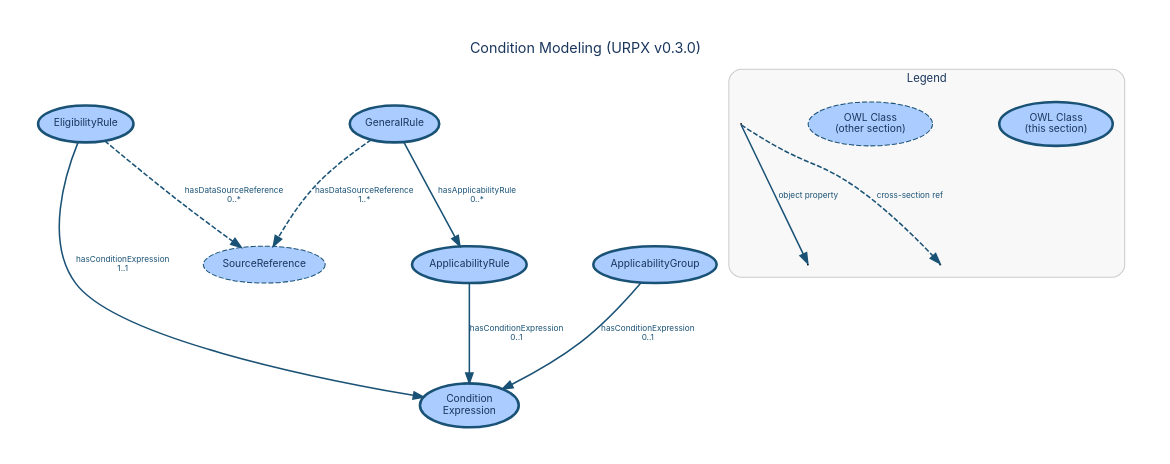
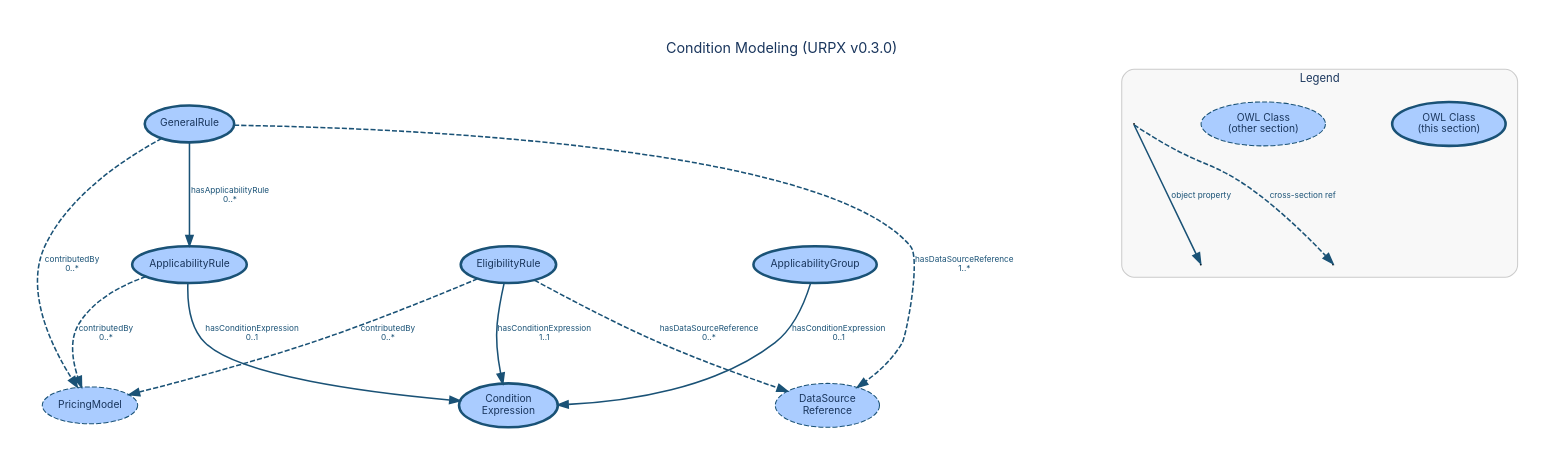
One commit to urpx-org/urpx changed the diagram in documentation/diagrams/dictionary/condition-modeling.dot. Above: the diagram before and after it, drawn with Graphviz. The commit also changed 18 other files, not shown here.

```diff
--- a/documentation/diagrams/dictionary/condition-modeling.dot
+++ b/documentation/diagrams/dictionary/condition-modeling.dot
@@ -1,82 +1,95 @@
 digraph "Condition Modeling" {
     rankdir=TB;
     bgcolor="white";
     pad=0.4;
     nodesep=0.9;
     ranksep=1.1;
     start=42;
     fontname="Inter, Helvetica, Arial, sans-serif";
     label="Condition Modeling (URPX v0.3.0)";
     labelloc="t";
     fontsize=14;
     fontcolor="#1a365d";
     node [fontname="Inter, Helvetica, Arial, sans-serif", fontsize=10, style=filled, fontcolor="#1a365d"];
     edge [fontname="Inter, Helvetica, Arial, sans-serif", fontsize=8, fontcolor="#1a365d"];
 
     // Section classes
     EligibilityRule [
         label="EligibilityRule"
         shape=ellipse, fillcolor="#aaccff", color="#1a5276", penwidth=2.5
     ];
     ApplicabilityRule [
         label="ApplicabilityRule"
         shape=ellipse, fillcolor="#aaccff", color="#1a5276", penwidth=2.5
     ];
     ApplicabilityGroup [
         label="ApplicabilityGroup"
         shape=ellipse, fillcolor="#aaccff", color="#1a5276", penwidth=2.5
     ];
     ConditionExpression [
         label="Condition\nExpression"
         shape=ellipse, fillcolor="#aaccff", color="#1a5276", penwidth=2.5
     ];
     GeneralRule [
         label="GeneralRule"
         shape=ellipse, fillcolor="#aaccff", color="#1a5276", penwidth=2.5
     ];
 
     // Cross-section references
-    SourceReference [
-        label="SourceReference"
+    DataSourceReference [
+        label="DataSource\nReference"
+        shape=ellipse, fillcolor="#aaccff", color="#1a5276", penwidth=1, style="filled,dashed"
+    ];
+    PricingModel [
+        label="PricingModel"
         shape=ellipse, fillcolor="#aaccff", color="#1a5276", penwidth=1, style="filled,dashed"
     ];
 
     // Object property edges
+    EligibilityRule -> PricingModel [
+        label="contributedBy\n0..*", style=dashed, color="#1a5276", fontcolor="#1a5276", penwidth=1.5
+    ];
     EligibilityRule -> ConditionExpression [
         label="hasConditionExpression\n1..1", color="#1a5276", fontcolor="#1a5276", penwidth=1.5
     ];
-    EligibilityRule -> SourceReference [
+    EligibilityRule -> DataSourceReference [
         label="hasDataSourceReference\n0..*", style=dashed, color="#1a5276", fontcolor="#1a5276", penwidth=1.5
+    ];
+    ApplicabilityRule -> PricingModel [
+        label="contributedBy\n0..*", style=dashed, color="#1a5276", fontcolor="#1a5276", penwidth=1.5
     ];
     ApplicabilityRule -> ConditionExpression [
         label="hasConditionExpression\n0..1", color="#1a5276", fontcolor="#1a5276", penwidth=1.5
     ];
     ApplicabilityGroup -> ConditionExpression [
         label="hasConditionExpression\n0..1", color="#1a5276", fontcolor="#1a5276", penwidth=1.5
     ];
+    GeneralRule -> PricingModel [
+        label="contributedBy\n0..*", style=dashed, color="#1a5276", fontcolor="#1a5276", penwidth=1.5
+    ];
     GeneralRule -> ApplicabilityRule [
         label="hasApplicabilityRule\n0..*", color="#1a5276", fontcolor="#1a5276", penwidth=1.5
     ];
-    GeneralRule -> SourceReference [
+    GeneralRule -> DataSourceReference [
         label="hasDataSourceReference\n1..*", style=dashed, color="#1a5276", fontcolor="#1a5276", penwidth=1.5
     ];
 
     subgraph cluster_legend {
         label="Legend";
         fontname="Inter, Helvetica, Arial, sans-serif";
         fontsize=11;
         fontcolor="#1a365d";
         style=rounded;
         color="#cccccc";
         bgcolor="#f8f8f8";
         margin=12;
 
         leg_class [label="OWL Class\n(this section)", shape=ellipse, fillcolor="#aaccff", color="#1a5276", penwidth=2.5];
         leg_xref [label="OWL Class\n(other section)", shape=ellipse, fillcolor="#aaccff", color="#1a5276", penwidth=1, style="filled,dashed"];
         leg_src [label=" ", shape=point, width=0.01];
         leg_tgt1 [label=" ", shape=point, width=0.01];
         leg_src -> leg_tgt1 [label="object property", color="#1a5276", fontcolor="#1a5276", penwidth=1.5];
         leg_tgt2 [label=" ", shape=point, width=0.01];
         leg_src -> leg_tgt2 [label="cross-section ref", style=dashed, color="#1a5276", fontcolor="#1a5276", penwidth=1.5];
     }
 }
```
